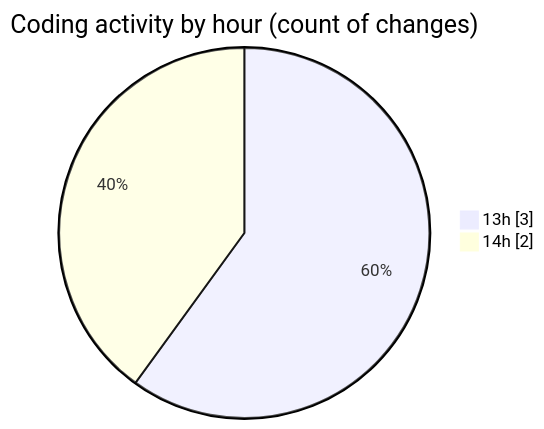
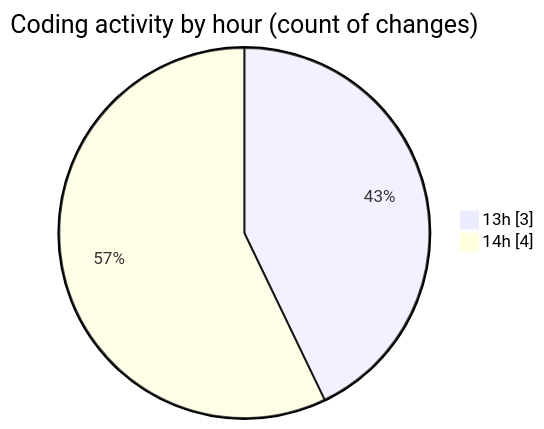
One commit to jcpc91/code-tracking changed the second of 2 diagrams in 2025-05-19/cancelacionsegurosvida/README.md. Above: the diagram before and after it, drawn with Mermaid. The commit also changed other lines of this file and 1 other file, not shown here.

````diff
--- a/2025-05-19/cancelacionsegurosvida/README.md
+++ b/2025-05-19/cancelacionsegurosvida/README.md
@@ -30,6 +32,6 @@
 ```mermaid
 pie showData
 title Coding activity by hour (count of changes)
 "13h" : 3
-"14h" : 2
+"14h" : 4
 ```
````
